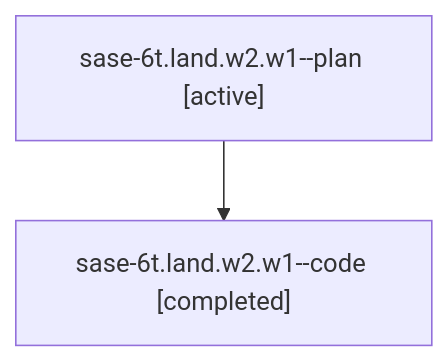
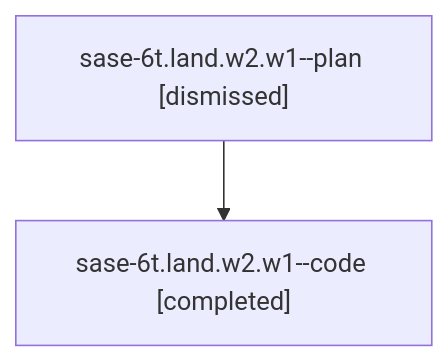
The diagram in sessions/bbugyi200.athena.sase-6t.land.w2.w1.md (sase-org/sase--agents), drawn with Mermaid before and after one commit. The commit also changed other lines of this file and 45 other files, not shown here.

````diff
--- a/sessions/bbugyi200.athena.sase-6t.land.w2.w1.md
+++ b/sessions/bbugyi200.athena.sase-6t.land.w2.w1.md
@@ -9,6 +9,6 @@
 ```mermaid
 flowchart TD
-  n0["sase-6t.land.w2.w1--plan [active]"]
+  n0["sase-6t.land.w2.w1--plan [dismissed]"]
   n1["sase-6t.land.w2.w1--code [completed]"]
   n0 --> n1
 ```
````
